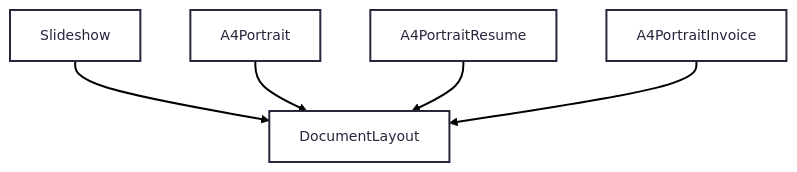
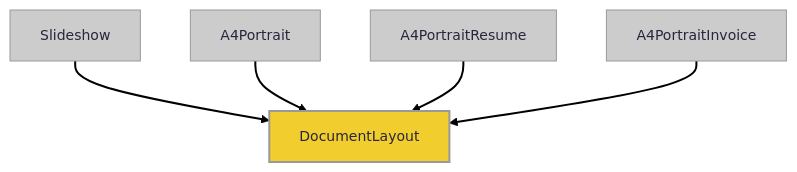
The diagram in 09/README.md (jorisschellekens/borb-examples), drawn with Mermaid before and after one commit.

````diff
--- a/09/README.md
+++ b/09/README.md
@@ -5,13 +5,21 @@
 ```mermaid
 ---
 config:
   theme: redux
 ---
 graph TD
     DocumentLayout
     Slideshow --> DocumentLayout
     A4Portrait --> DocumentLayout
     A4PortraitResume --> DocumentLayout
     A4PortraitInvoice --> DocumentLayout
 
+    %% Define classes
+    classDef gray fill:#ccc,stroke:#999,stroke-width:1px;
+    classDef highlight fill:#F1CD2E,stroke:#999,stroke-width:2px;
+
+    %% Assign classes
+    class DocumentLayout highlight;
+    class Slideshow,A4Portrait,A4PortraitResume,A4PortraitInvoice gray;
+
 ```
````
